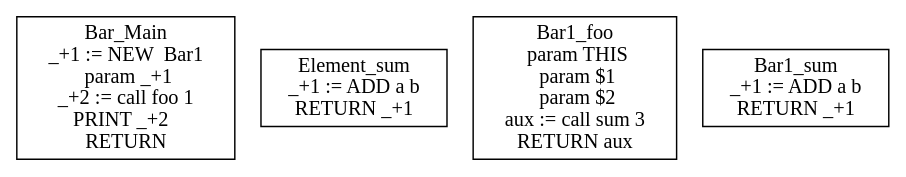
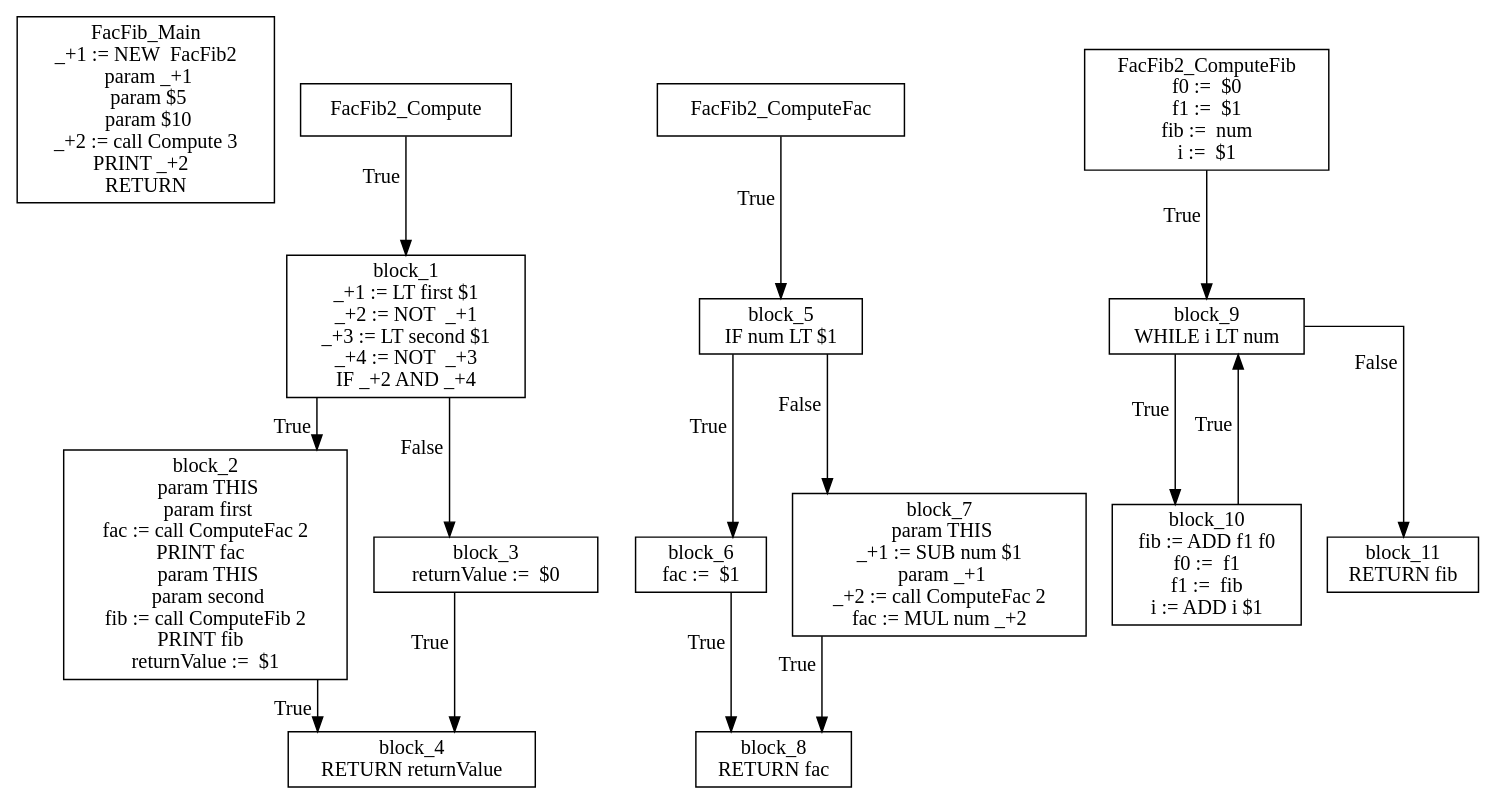
One commit to AvanaPY/DV1655_Lab1 changed the diagram in IR.dot. Above: the diagram before and after it, drawn with Graphviz. The commit also changed 3 other files, not shown here.

```diff
--- a/IR.dot
+++ b/IR.dot
@@ -1,8 +1,33 @@
 digraph {
   graph [splines=ortho]
   node [shape=box]
-  Bar_Main [label="Bar_Main\n_+1 := NEW  Bar1\n  param _+1\n_+2 := call foo 1\nPRINT _+2  \nRETURN \n"];
-  Element_sum [label="Element_sum\n_+1 := ADD a b\nRETURN _+1\n"];
-  Bar1_foo [label="Bar1_foo\n  param THIS\n  param $1\n  param $2\naux := call sum 3\nRETURN aux\n"];
-  Bar1_sum [label="Bar1_sum\n_+1 := ADD a b\nRETURN _+1\n"];
+  FacFib_Main [label="FacFib_Main\n_+1 := NEW  FacFib2\n  param _+1\n  param $5\n  param $10\n_+2 := call Compute 3\nPRINT _+2  \nRETURN \n"];
+  FacFib2_Compute [label="FacFib2_Compute\n"];
+  FacFib2_Compute -> block_1[xlabel="True"];
+  block_1 [label="block_1\n_+1 := LT first $1\n_+2 := NOT  _+1\n_+3 := LT second $1\n_+4 := NOT  _+3\nIF _+2 AND _+4\n"];
+  block_1 -> block_2[xlabel="True"];
+  block_2 [label="block_2\n  param THIS\n  param first\nfac := call ComputeFac 2\nPRINT fac  \n  param THIS\n  param second\nfib := call ComputeFib 2\nPRINT fib  \nreturnValue :=  $1 \n"];
+  block_2 -> block_4[xlabel="True"];
+  block_4 [label="block_4\nRETURN returnValue\n"];
+  block_1 -> block_3[xlabel="False"];
+  block_3 [label="block_3\nreturnValue :=  $0 \n"];
+  block_3 -> block_4[xlabel="True"];
+  FacFib2_ComputeFac [label="FacFib2_ComputeFac\n"];
+  FacFib2_ComputeFac -> block_5[xlabel="True"];
+  block_5 [label="block_5\nIF num LT $1\n"];
+  block_5 -> block_6[xlabel="True"];
+  block_6 [label="block_6\nfac :=  $1 \n"];
+  block_6 -> block_8[xlabel="True"];
+  block_8 [label="block_8\nRETURN fac\n"];
+  block_5 -> block_7[xlabel="False"];
+  block_7 [label="block_7\n  param THIS\n_+1 := SUB num $1\n  param _+1\n_+2 := call ComputeFac 2\nfac := MUL num _+2\n"];
+  block_7 -> block_8[xlabel="True"];
+  FacFib2_ComputeFib [label="FacFib2_ComputeFib\nf0 :=  $0 \nf1 :=  $1 \nfib :=  num \ni :=  $1 \n"];
+  FacFib2_ComputeFib -> block_9[xlabel="True"];
+  block_9 [label="block_9\nWHILE i LT num\n"];
+  block_9 -> block_10[xlabel="True"];
+  block_10 [label="block_10\nfib := ADD f1 f0\nf0 :=  f1 \nf1 :=  fib \ni := ADD i $1\n"];
+  block_10 -> block_9[xlabel="True"];
+  block_9 -> block_11[xlabel="False"];
+  block_11 [label="block_11\nRETURN fib\n"];
 }
```
